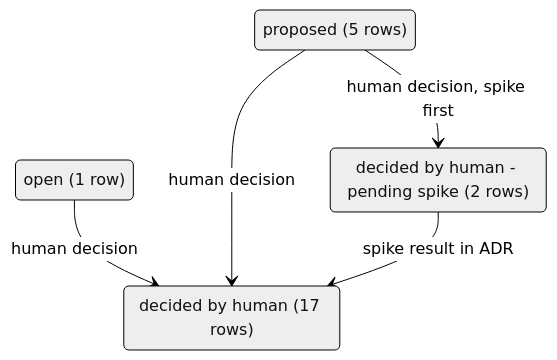
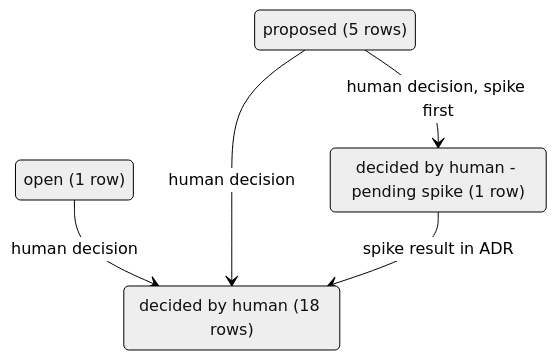
Before and after one commit to virgenherrera/lan-solution-template: the third of 5 diagrams in docs/roadmap/PROPOSAL.md, drawn with Mermaid (neutral theme). The commit also changed other lines of this file and 56 other files, not shown here.

````diff
--- a/docs/roadmap/PROPOSAL.md
+++ b/docs/roadmap/PROPOSAL.md
@@ -96,11 +96,11 @@
 ```mermaid
 stateDiagram-v2
     state "proposed (5 rows)" as proposed
-    state "decided by human (17 rows)" as human_decision
-    state "decided by human - pending spike (2 rows)" as pending_spike
+    state "decided by human (18 rows)" as human_decision
+    state "decided by human - pending spike (1 row)" as pending_spike
     state "open (1 row)" as open_q
     open_q --> human_decision : human decision
     proposed --> human_decision : human decision
     proposed --> pending_spike : human decision, spike first
     pending_spike --> human_decision : spike result in ADR
 ```
````
